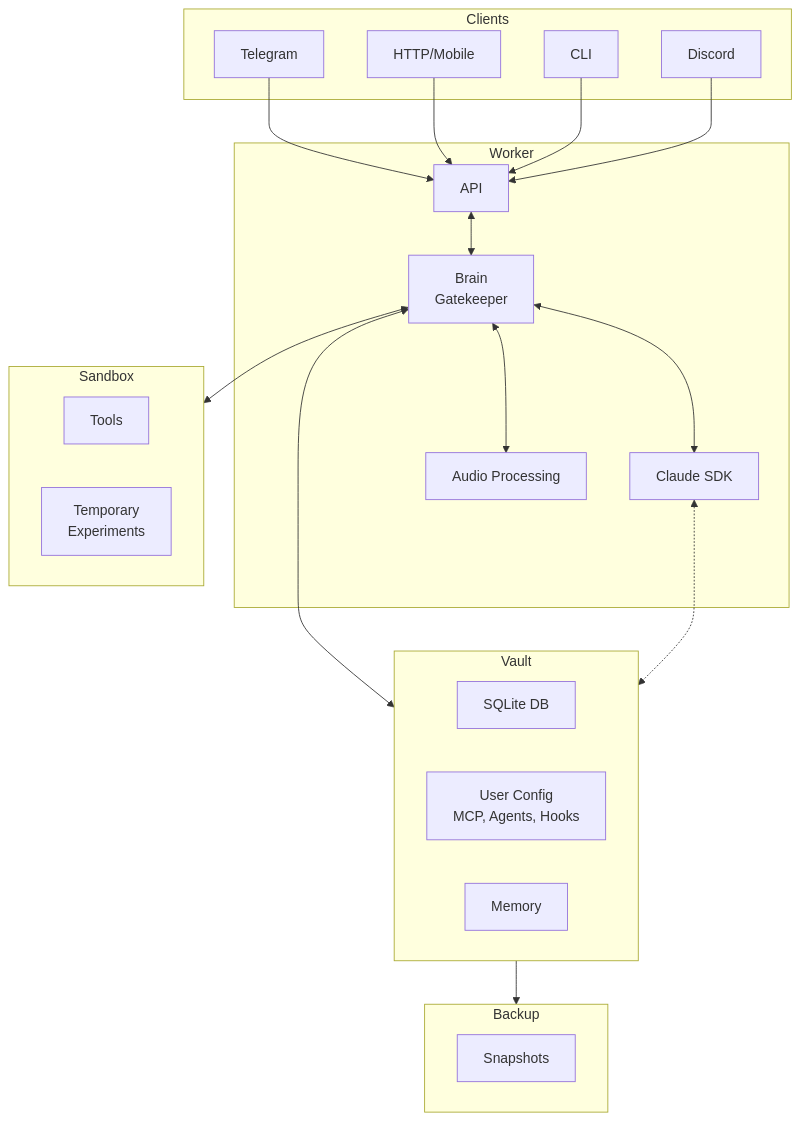
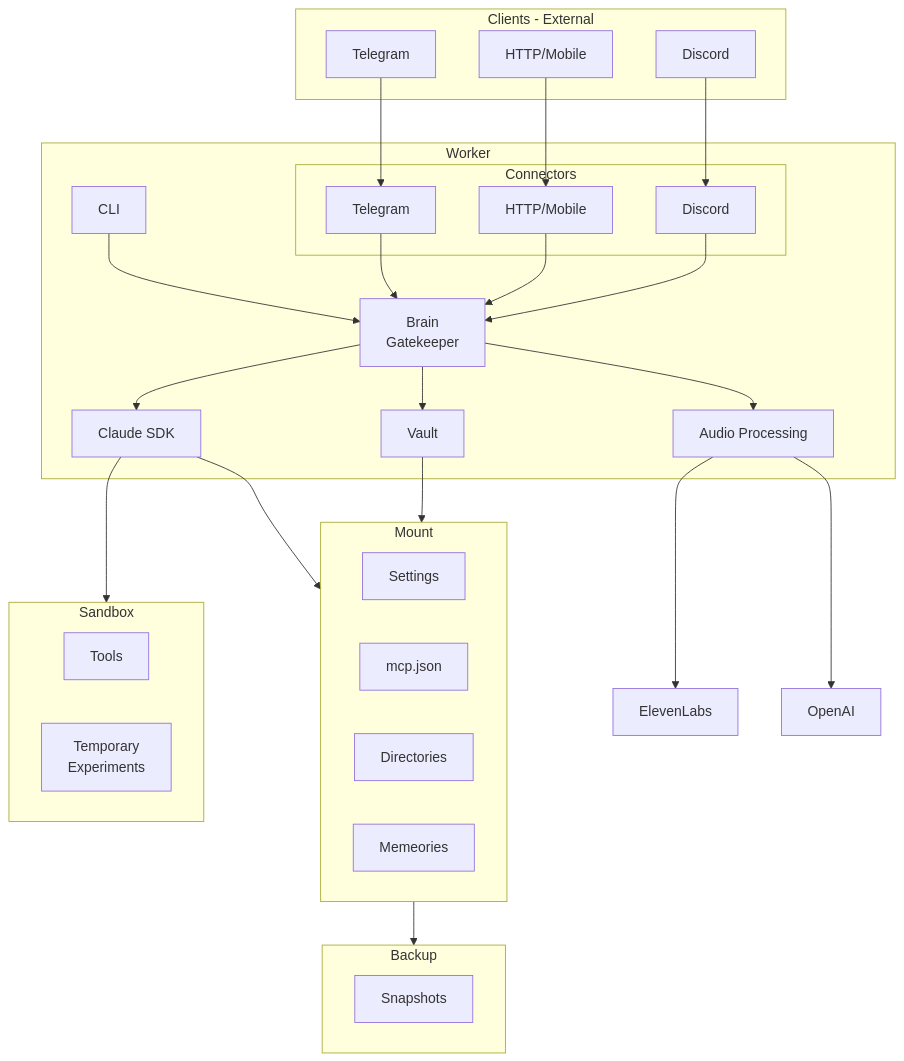
The diagram in docs/single-instance-architecture.mmd (KoroMind/KoroMind), drawn with Mermaid before and after one commit. The commit also changed 2 other files, not shown here.

Commit message:
Update architecture: Vault inside Worker, Mount as persistent storage
Refactor single-instance architecture to clarify component responsibilities:
- Move Vault inside Worker as in-memory state manager
- Add Mount as external persistent storage (Settings, mcp.json, Directories, Memories)
- Add explicit Connectors subgraph (Telegram, HTTP/Mobile, Discord)
- Add Voice connections to external services (ElevenLabs, OpenAI)
- Add SVC-008 spec for Vault (In-Worker)

```diff
--- a/docs/single-instance-architecture.mmd
+++ b/docs/single-instance-architecture.mmd
@@ -1,43 +1,58 @@
 graph TD
-    subgraph Clients[Clients]
+    subgraph Clients[Clients - External]
         TG[Telegram]
         HTTP[HTTP/Mobile]
-        CLI[CLI]
         DISC[Discord]
     end
 
     subgraph Worker[Worker]
+        subgraph Connectors[Connectors]
+            TGW[Telegram]
+            HTTPW[HTTP/Mobile]
+            DISCW[Discord]
+        end
+        CLI[CLI]
         BRAIN[Brain <br> Gatekeeper]
         SDK[Claude SDK]
         VOICE[Audio Processing]
-
-        BRAIN <--> VOICE
-        API <--> BRAIN
-
-        BRAIN <--> SDK
+        VAULT[Vault]
     end
 
-    subgraph Vault[Vault]
-        STATE[SQLite DB]
-        CONFIG[User Config<br/>MCP, Agents, Hooks]
-        MEMORY[Memory]
+    subgraph Mount[Mount]
+        SETTINGS[Settings]
+        MCP[mcp.json]
+        DIR[Directories]
+        MEM[Memeories]
     end
 
     subgraph Backup[Backup]
         SNAP[Snapshots]
     end
 
     subgraph Sandbox[Sandbox]
         TOOLS[Tools]
         TMP[Temporary <br> Experiments]
     end
 
-    TG --> API
-    HTTP --> API
-    CLI --> API
-    DISC --> API
+    
+    TG --> TGW
+    HTTP --> HTTPW
+    DISC --> DISCW
+    CLI --> BRAIN
 
-    BRAIN <--> Vault
-    BRAIN <--> Sandbox
-    SDK <-.-> Vault
-    Vault --> Backup
+    TGW --> BRAIN
+    HTTPW --> BRAIN
+    DISCW --> BRAIN
+    BRAIN --> VAULT
+
+    BRAIN --> SDK
+    BRAIN --> VOICE
+    SDK --> Sandbox
+
+    SDK --> Mount
+
+    VAULT --> Mount
+    VOICE --> ElevenLabs
+    VOICE --> OpenAI
+
+    Mount --> Backup
```
